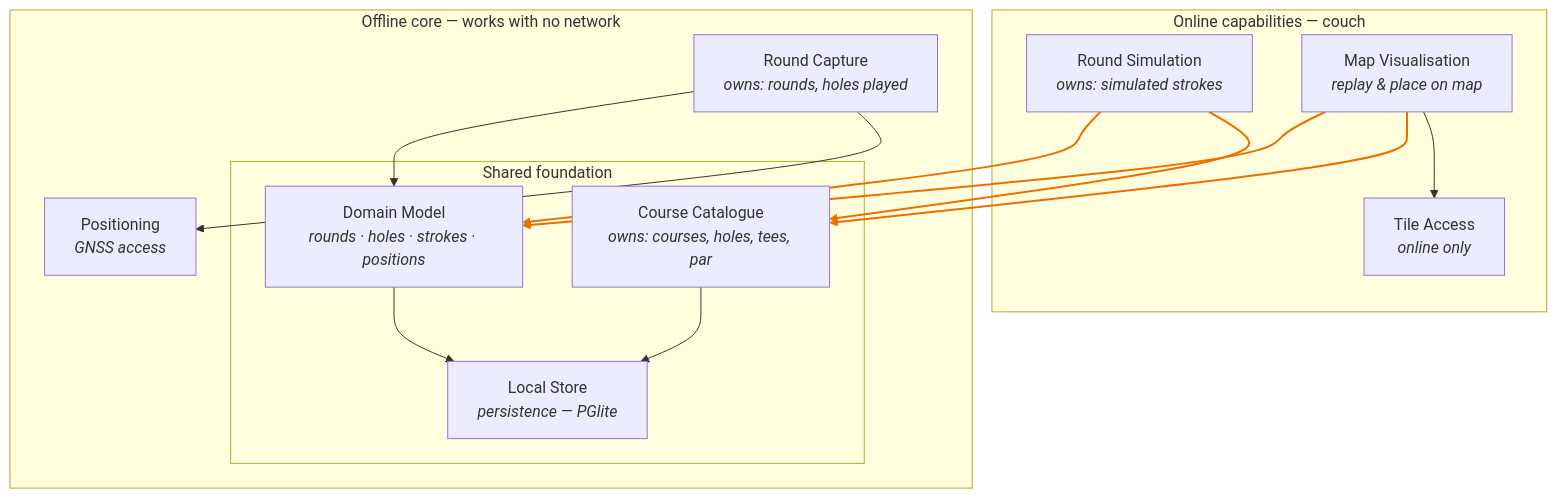
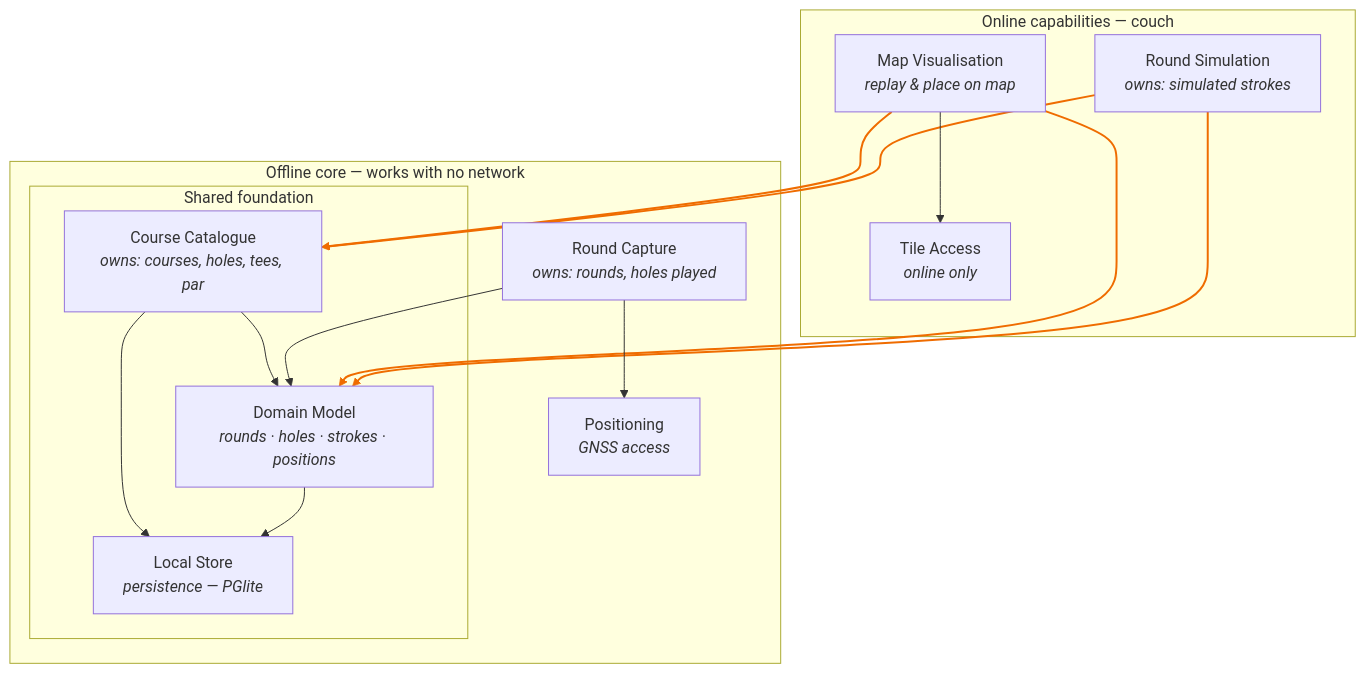
Before and after one commit to roeselert/golftrainer: the second of 2 diagrams in CLAUDE.md, drawn with Mermaid. The commit also changed other lines of this file and 9 other files, not shown here.

````diff
--- a/CLAUDE.md
+++ b/CLAUDE.md
@@ -152,32 +152,33 @@
 ```mermaid
 flowchart TB
     subgraph online["Online capabilities — couch"]
         sim["Round Simulation<br/><i>owns: simulated strokes</i>"]
         viz["Map Visualisation<br/><i>replay & place on map</i>"]
         tiles["Tile Access<br/><i>online only</i>"]
     end
 
     subgraph offline["Offline core — works with no network"]
         capture["Round Capture<br/><i>owns: rounds, holes played</i>"]
         loc["Positioning<br/><i>GNSS access</i>"]
 
         subgraph shared["Shared foundation"]
             domain["Domain Model<br/><i>rounds · holes · strokes · positions</i>"]
             course["Course Catalogue<br/><i>owns: courses, holes, tees, par</i>"]
             store["Local Store<br/><i>persistence — PGlite</i>"]
         end
     end
 
     sim --> domain
     sim --> course
     viz --> domain
     viz --> course
     viz --> tiles
 
     capture --> domain
     capture --> loc
     domain --> store
     course --> store
+    course --> domain
 
     linkStyle 0,1,2,3 stroke:#ef6c00,stroke-width:2px
 ```
````
